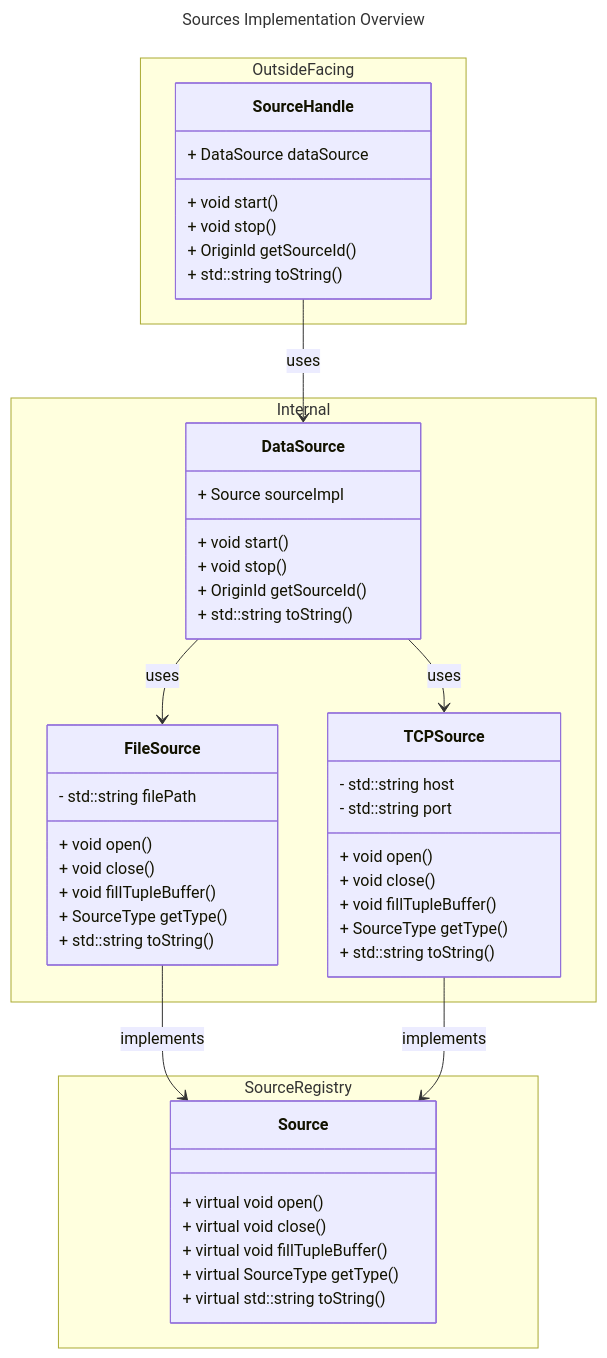
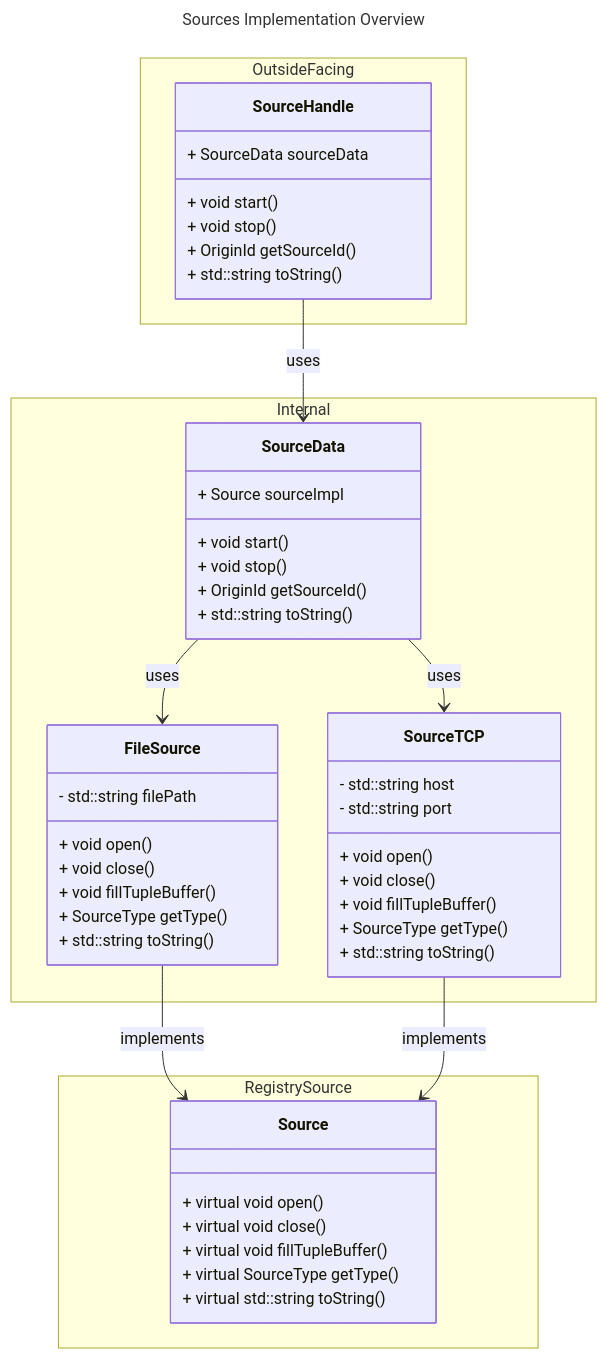
The third of 4 diagrams in nes-sources/src/ClassHierarchy.md (nebulastream/nebulastream), drawn with Mermaid before and after one commit. The commit also changed other lines of this file and 54 other files, not shown here.

````diff
--- a/nes-sources/src/ClassHierarchy.md
+++ b/nes-sources/src/ClassHierarchy.md
@@ -112,61 +112,61 @@
 ```mermaid
 ---
 title: Sources Implementation Overview
 ---
 classDiagram
-    SourceHandle --> DataSource : uses
+    SourceHandle --> SourceData : uses
     FileSource --> Source : implements
-    TCPSource --> Source  : implements
-    DataSource --> FileSource : uses
-    DataSource --> TCPSource : uses
+    SourceTCP --> Source  : implements
+    SourceData --> FileSource : uses
+    SourceData --> SourceTCP : uses
 
     namespace OutsideFacing {
         class SourceHandle {
-            + DataSource dataSource
+            + SourceData sourceData
             + void start()
             + void stop()
             + OriginId getSourceId()
             + std::string toString()
         }
     }
-    namespace SourceRegistry {
+    namespace RegistrySource {
     %% Source is the interface for the PluginRegistry for sources
         class Source {
             + virtual void open()
             + virtual void close()
             + virtual void fillTupleBuffer()
             + virtual SourceType getType()
             + virtual std::string toString()
         }
     }
 
     namespace Internal {
 
-        class DataSource {
+        class SourceData {
             + void start()
             + void stop()
             + OriginId getSourceId()
             + std::string toString()
             + Source sourceImpl
         }
 
         class FileSource {
             + void open()
             + void close()
             + void fillTupleBuffer()
             + SourceType getType()
             + std::string toString()
             - std::string filePath
         }
 
-        class TCPSource {
+        class SourceTCP {
             + void open()
             + void close()
             + void fillTupleBuffer()
             + SourceType getType()
             + std::string toString()
             - std::string host
             - std::string port
         }
     }
 ```
````
